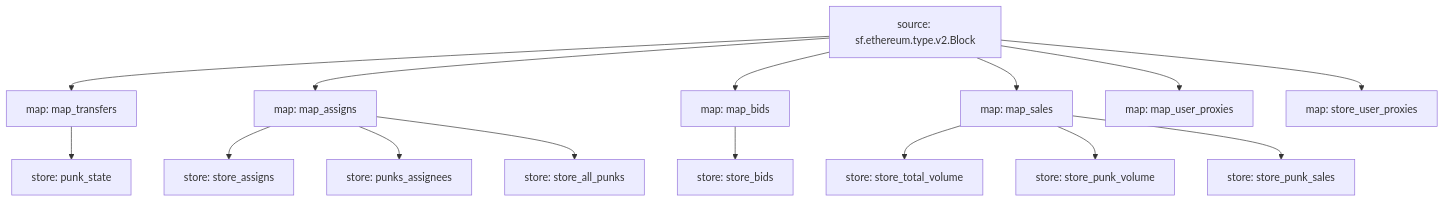
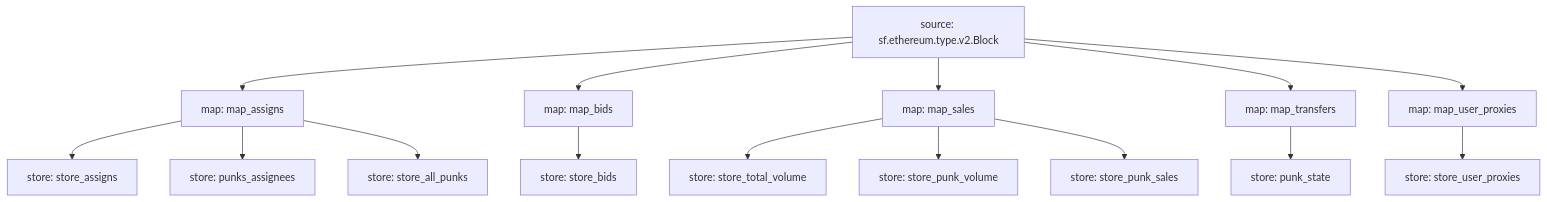
The diagram in README.md (itsjerryokolo/cryptopunks_substreams), drawn with Mermaid before and after one commit. The commit also changed 2 other files, not shown here.

````diff
--- a/README.md
+++ b/README.md
@@ -3,31 +3,31 @@
 ```mermaid
 graph TD;
-  map_transfers[map: map_transfers]
-  sf.ethereum.type.v2.Block[source: sf.ethereum.type.v2.Block] --> map_transfers
-  punk_state[store: punk_state]
-  map_transfers --> punk_state
   map_assigns[map: map_assigns]
   sf.ethereum.type.v2.Block[source: sf.ethereum.type.v2.Block] --> map_assigns
   store_assigns[store: store_assigns]
   map_assigns --> store_assigns
   punks_assignees[store: punks_assignees]
   map_assigns --> punks_assignees
   map_bids[map: map_bids]
   sf.ethereum.type.v2.Block[source: sf.ethereum.type.v2.Block] --> map_bids
   store_bids[store: store_bids]
   map_bids --> store_bids
   store_all_punks[store: store_all_punks]
   map_assigns --> store_all_punks
   store_total_volume[store: store_total_volume]
   map_sales --> store_total_volume
   store_punk_volume[store: store_punk_volume]
   map_sales --> store_punk_volume
   store_punk_sales[store: store_punk_sales]
   map_sales --> store_punk_sales
   map_sales[map: map_sales]
   sf.ethereum.type.v2.Block[source: sf.ethereum.type.v2.Block] --> map_sales
+  map_transfers[map: map_transfers]
+  sf.ethereum.type.v2.Block[source: sf.ethereum.type.v2.Block] --> map_transfers
+  punk_state[store: punk_state]
+  map_transfers --> punk_state
   map_user_proxies[map: map_user_proxies]
   sf.ethereum.type.v2.Block[source: sf.ethereum.type.v2.Block] --> map_user_proxies
-  store_user_proxies[map: store_user_proxies]
-  sf.ethereum.type.v2.Block[source: sf.ethereum.type.v2.Block] --> store_user_proxies
+  store_user_proxies[store: store_user_proxies]
+  map_user_proxies --> store_user_proxies
 ```
````
